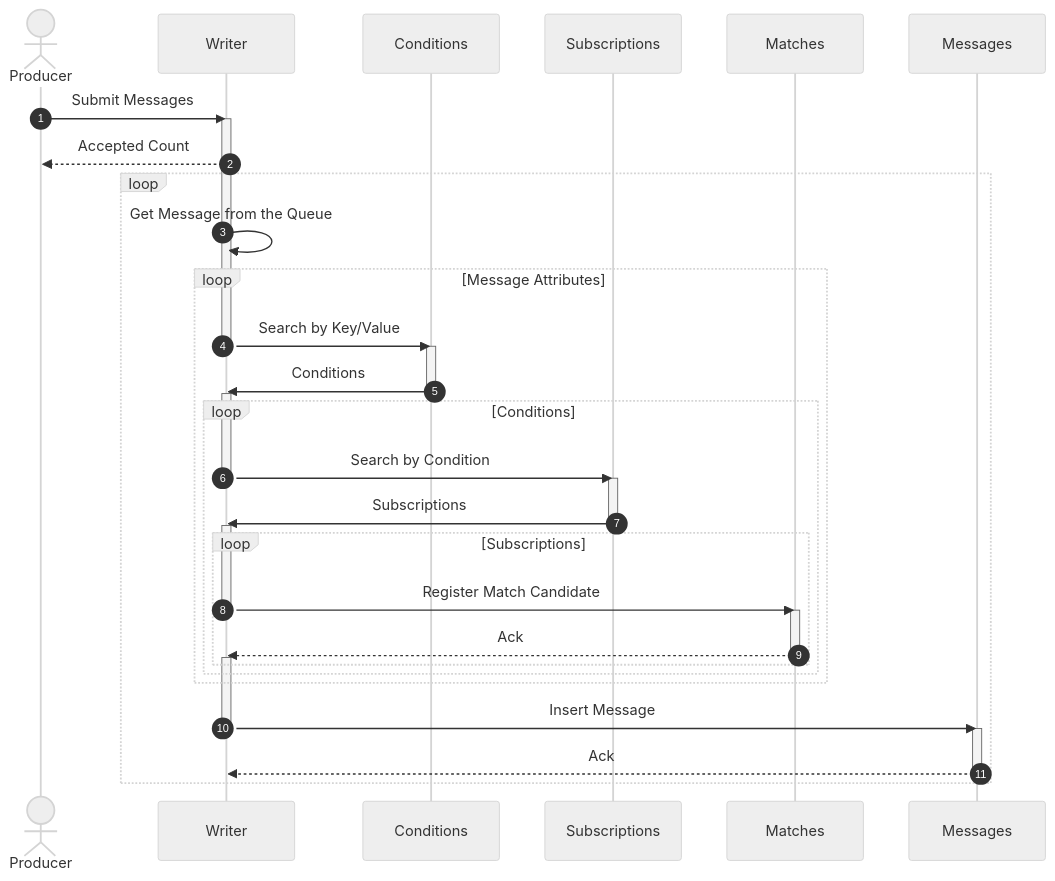
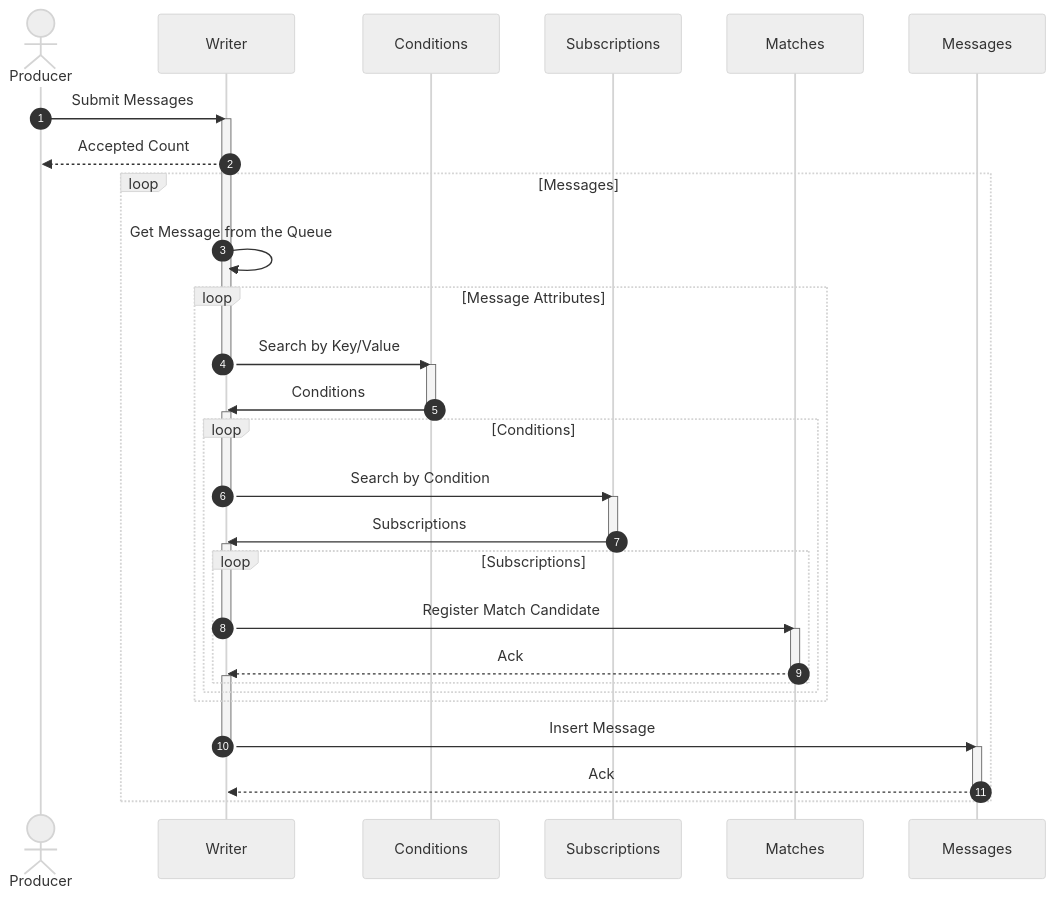
One commit to awakari/.github changed the first of 2 diagrams in profile/README.md. Above: the diagram before and after it, drawn with Mermaid. The commit also changed other lines of this file, not shown here.

````diff
--- a/profile/README.md
+++ b/profile/README.md
@@ -121,67 +121,67 @@
 ```mermaid
 %%{init: {'theme': 'neutral' } }%%
 sequenceDiagram
 
     autonumber
 
     actor Producer
     participant Writer
     participant Conditions
     participant Subscriptions
     participant Matches
     participant Messages
 
     Producer->>Writer: Submit Messages
     
     activate Writer
     Writer-->>Producer: Accepted Count
     
-    loop
+    loop Messages
     
         Writer->>Writer: Get Message from the Queue
         
         loop Message Attributes
         
             Writer->>Conditions: Search by Key/Value
             deactivate Writer
             
             activate Conditions
             Conditions->>Writer: Conditions
             deactivate Conditions
             
             activate Writer
             loop Conditions
                 
                 Writer->>Subscriptions: Search by Condition
                 deactivate Writer
                 
                 activate Subscriptions
                 Subscriptions->>Writer: Subscriptions
                 deactivate Subscriptions
                 
                 activate Writer
                 loop Subscriptions
                     
                     Writer->>Matches: Register Match Candidate
                     deactivate Writer
                     
                     activate Matches
                     Matches-->>Writer: Ack
                     deactivate Matches
                     
                     activate Writer
                     
                 end
             end
         end
         
         Writer->>Messages: Insert Message
         deactivate Writer
         
         activate Messages
         Messages-->>Writer: Ack
         deactivate Messages
         
         activate Writer
     end
 ```
````
